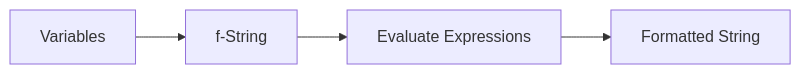
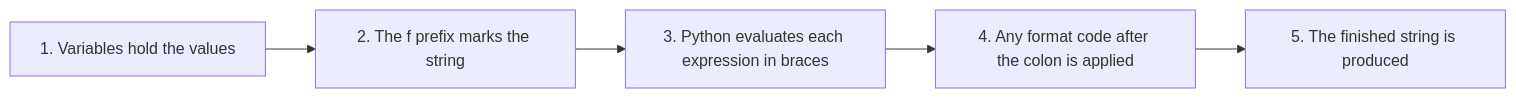
Diagram 14 of 18 in docs/17-strings/080-ch17-conceptual-qa.md (ag999git/001-mkdocs), drawn with Mermaid before and after one commit. The commit also changed other lines of this file, not shown here.

````diff
--- a/docs/17-strings/080-ch17-conceptual-qa.md
+++ b/docs/17-strings/080-ch17-conceptual-qa.md
@@ -1992,9 +4015,7 @@
 ```mermaid
 flowchart LR
-
-A["Variables"] --> B["f-String"]
-
-B --> C["Evaluate Expressions"]
-
-C --> D["Formatted String"]
+    A["1. Variables hold the values"] --> B["2. The f prefix marks the string"]
+    B --> C["3. Python evaluates each expression in braces"]
+    C --> D["4. Any format code after the colon is applied"]
+    D --> E["5. The finished string is produced"]
 ```
````
